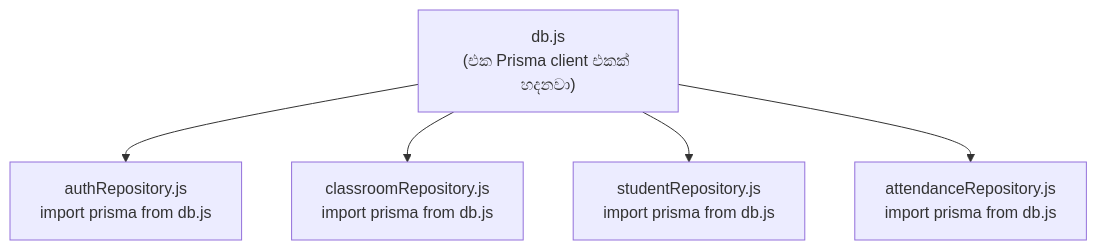
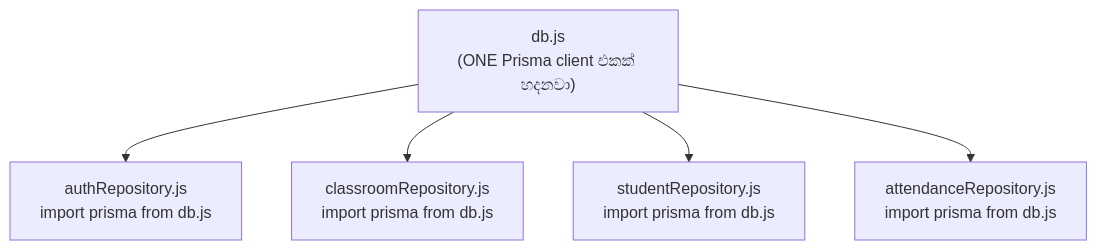
One commit to Nimsika-Bosilu/designHer_2.0-Student-Attendance-Management-System changed diagram 12 of 33 in backend/sinhala-translation-document/README.md. Above: the diagram before and after it, drawn with Mermaid. The commit also changed other lines of this file and 28 other files, not shown here.

````diff
--- a/backend/sinhala-translation-document/README.md
+++ b/backend/sinhala-translation-document/README.md
@@ -478,7 +657,7 @@
 ```mermaid
 flowchart TD
-    A["db.js\n(එක Prisma client එකක් හදනවා)"] --> B["authRepository.js\nimport prisma from db.js"]
+    A["db.js\n(ONE Prisma client එකක් හදනවා)"] --> B["authRepository.js\nimport prisma from db.js"]
     A --> C["classroomRepository.js\nimport prisma from db.js"]
     A --> D["studentRepository.js\nimport prisma from db.js"]
     A --> E["attendanceRepository.js\nimport prisma from db.js"]
 ```
````
